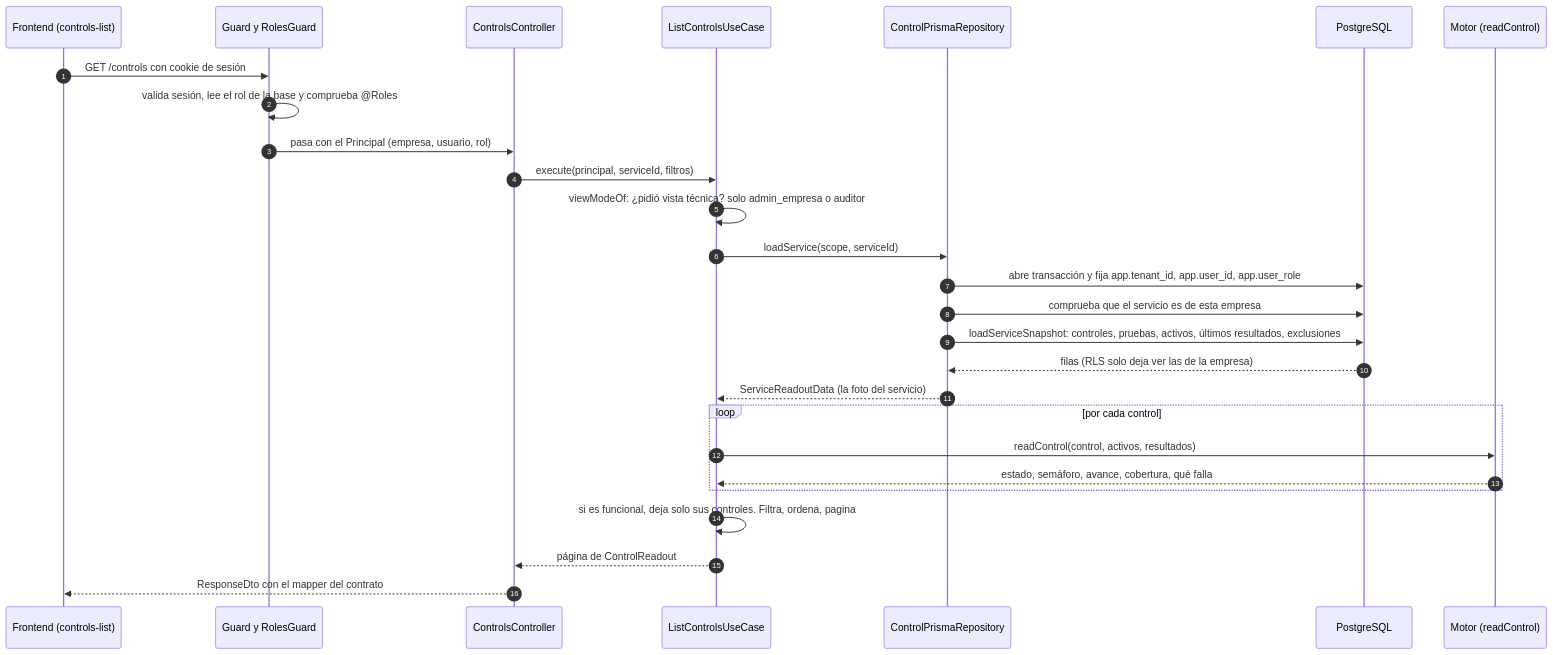
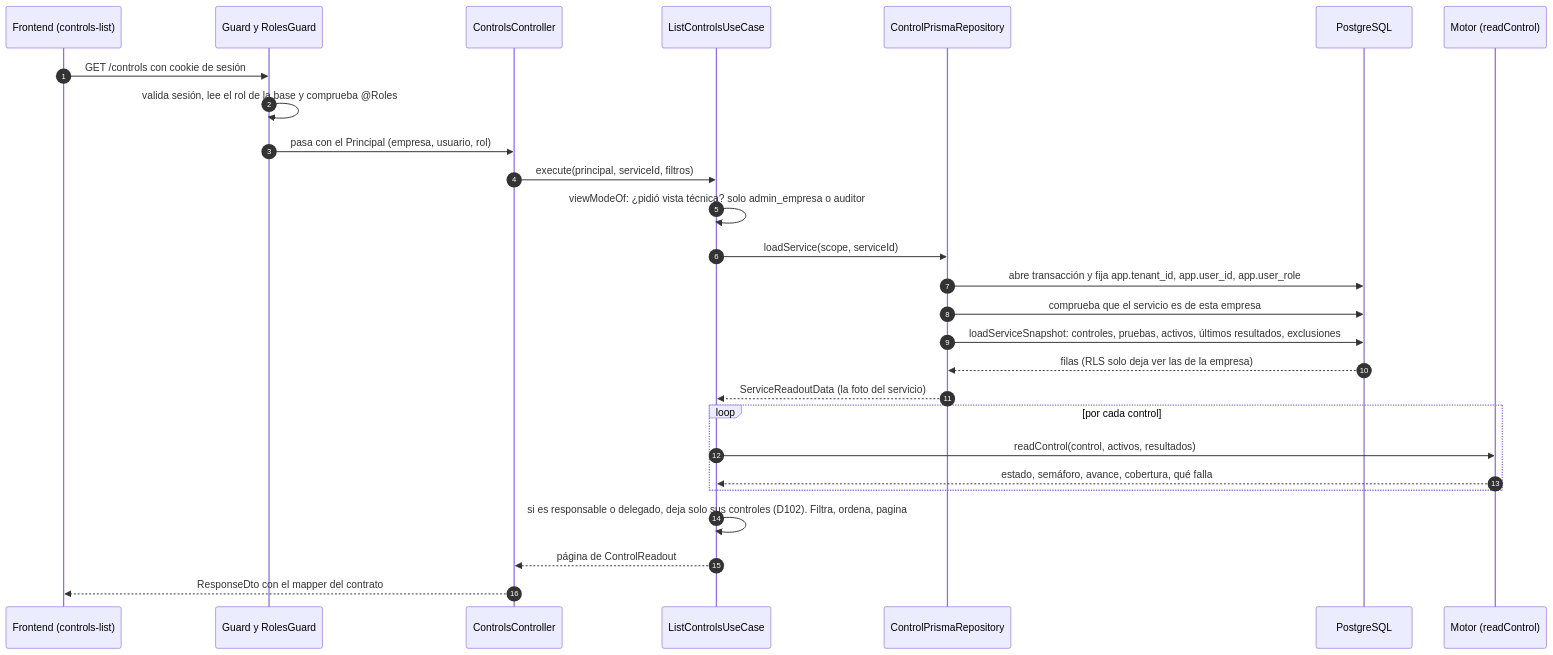
One commit to Monkey-GRC/Monkey-Brain-IA changed the diagram in skills/product/monkey-compliance-council/references/arquitectura/cumplimiento/controles/03-flujos.md. Above: the diagram before and after it, drawn with Mermaid. The commit also changed other lines of this file and 39 other files, not shown here.

First line of the commit message:
docs(brain): D102 y D103, cadena responsable/delegado, cupo de usuarios y plan del sprint 3

````diff
--- a/skills/product/monkey-compliance-council/references/arquitectura/cumplimiento/controles/03-flujos.md
+++ b/skills/product/monkey-compliance-council/references/arquitectura/cumplimiento/controles/03-flujos.md
@@ -12,30 +12,30 @@
 ```mermaid
 sequenceDiagram
     autonumber
     participant FE as Frontend (controls-list)
     participant G as Guard y RolesGuard
     participant C as ControlsController
     participant UC as ListControlsUseCase
     participant R as ControlPrismaRepository
     participant DB as PostgreSQL
     participant M as Motor (readControl)
 
     FE->>G: GET /controls con cookie de sesión
     G->>G: valida sesión, lee el rol de la base y comprueba @Roles
     G->>C: pasa con el Principal (empresa, usuario, rol)
     C->>UC: execute(principal, serviceId, filtros)
     UC->>UC: viewModeOf: ¿pidió vista técnica? solo admin_empresa o auditor
     UC->>R: loadService(scope, serviceId)
     R->>DB: abre transacción y fija app.tenant_id, app.user_id, app.user_role
     R->>DB: comprueba que el servicio es de esta empresa
     R->>DB: loadServiceSnapshot: controles, pruebas, activos, últimos resultados, exclusiones
     DB-->>R: filas (RLS solo deja ver las de la empresa)
     R-->>UC: ServiceReadoutData (la foto del servicio)
     loop por cada control
         UC->>M: readControl(control, activos, resultados)
         M-->>UC: estado, semáforo, avance, cobertura, qué falla
     end
-    UC->>UC: si es funcional, deja solo sus controles. Filtra, ordena, pagina
+    UC->>UC: si es responsable o delegado, deja solo sus controles (D102). Filtra, ordena, pagina
     UC-->>C: página de ControlReadout
     C-->>FE: ResponseDto con el mapper del contrato
 ```
````
